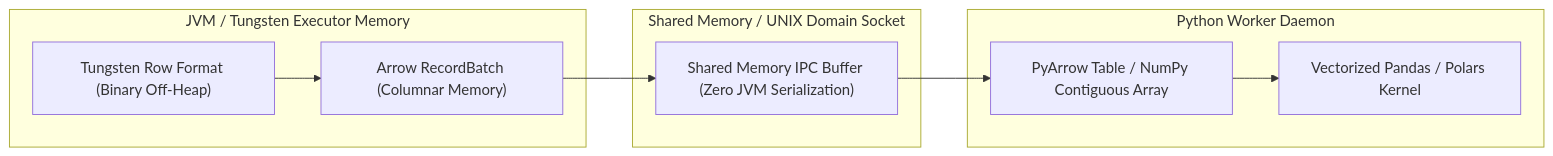
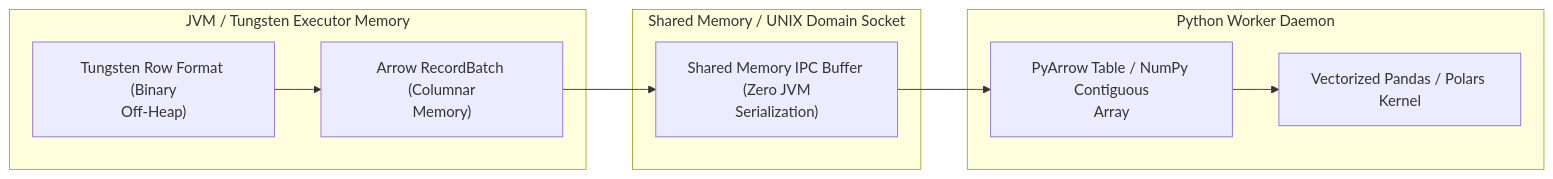
One commit to santoshjammi29/pyspark-handbook changed the third of 3 diagrams in architectures/02_spark_unified_memory_management_and_spill_mechanics.md. Above: the diagram before and after it, drawn with Mermaid. The commit also changed other lines of this file and 14 other files, not shown here.

Commit message:
fix(diagrams): word-wrap labels and escape comparison operators across all diagrams

````diff
--- a/architectures/02_spark_unified_memory_management_and_spill_mechanics.md
+++ b/architectures/02_spark_unified_memory_management_and_spill_mechanics.md
@@ -171,18 +171,18 @@
 ```mermaid
 flowchart LR
     subgraph JVMExecutor["JVM / Tungsten Executor Memory"]
-        RowData["Tungsten Row Format (Binary Off-Heap)"]
-        ArrowBatch["Arrow RecordBatch (Columnar Memory)"]
+        RowData["Tungsten Row Format (Binary<br/>Off-Heap)"]
+        ArrowBatch["Arrow RecordBatch (Columnar<br/>Memory)"]
     end
 
     subgraph ZeroCopyBridge["Shared Memory / UNIX Domain Socket"]
-        SharedMem["Shared Memory IPC Buffer (Zero JVM Serialization)"]
+        SharedMem["Shared Memory IPC Buffer (Zero JVM<br/>Serialization)"]
     end
 
     subgraph PythonDaemon["Python Worker Daemon"]
-        PyArrow["PyArrow Table / NumPy Contiguous Array"]
+        PyArrow["PyArrow Table / NumPy Contiguous<br/>Array"]
         PandasUDF["Vectorized Pandas / Polars Kernel"]
     end
 
     RowData --> ArrowBatch --> SharedMem --> PyArrow --> PandasUDF
 ```
````
